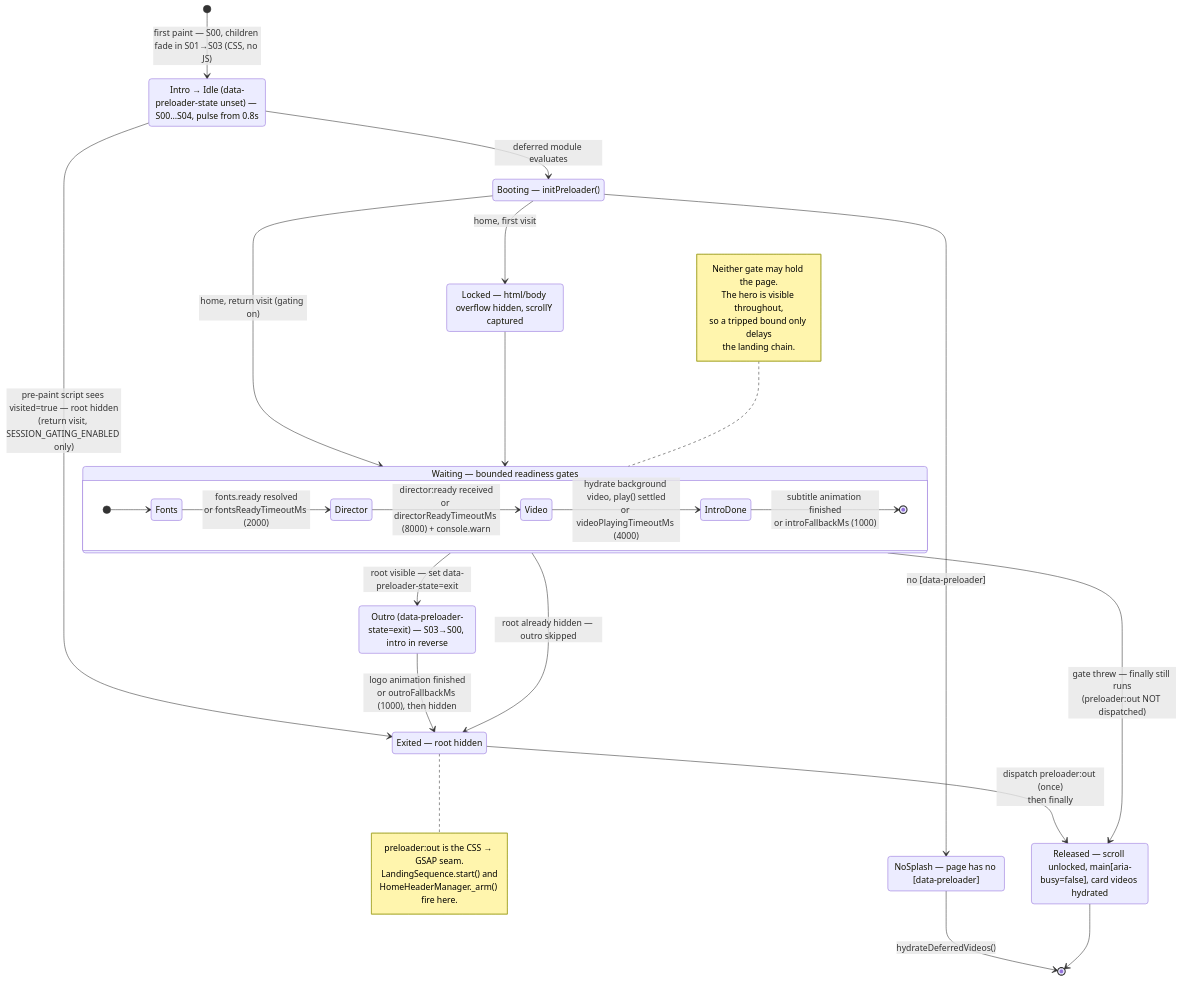
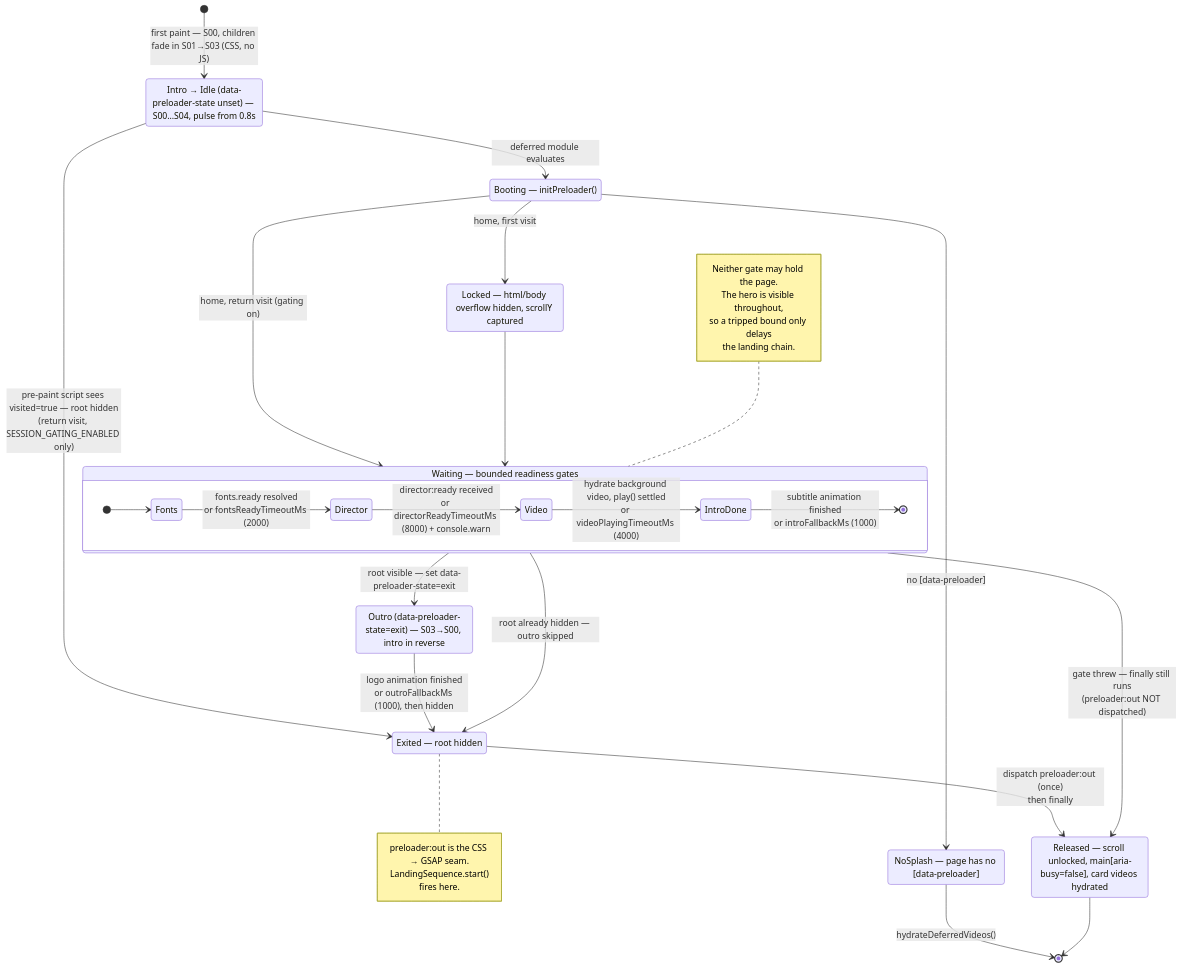
Before and after one commit to datainkio/portfolio-frontend: the second of 2 diagrams in js/preloader/README.preloader.md, drawn with Mermaid. The commit also changed other lines of this file and 17 other files, not shown here.

First line of the commit message:
refactor(choreography): delete HomeHeaderManager

````diff
--- a/js/preloader/README.preloader.md
+++ b/js/preloader/README.preloader.md
@@ -99,54 +99,54 @@
 ```mermaid
 stateDiagram-v2
     direction TB
 
     [*] --> Intro : first paint — S00, children fade in S01→S03 (CSS, no JS)
 
     state "Intro → Idle (data-preloader-state unset) — S00…S04, pulse from 0.8s" as Intro
     state "Booting — initPreloader()" as Booting
     state "NoSplash — page has no [data-preloader]" as NoSplash
     state "Locked — html/body overflow hidden, scrollY captured" as Locked
     state "Waiting — bounded readiness gates" as Waiting {
         direction LR
         [*] --> Fonts
         Fonts --> Director : fonts.ready resolved<br/>or fontsReadyTimeoutMs (2000)
         Director --> Video : director#colon;ready received<br/>or directorReadyTimeoutMs (8000) + console.warn
         Video --> IntroDone : hydrate background video, play() settled<br/>or videoPlayingTimeoutMs (4000)
         IntroDone --> [*] : subtitle animation finished<br/>or introFallbackMs (1000)
     }
     state "Outro (data-preloader-state=exit) — S03→S00, intro in reverse" as Settling
     state "Exited — root hidden" as Exited
     state "Released — scroll unlocked, main[aria-busy=false], card videos hydrated" as Released
 
     Intro --> Exited : pre-paint script sees visited=true — root hidden<br/>(return visit, SESSION_GATING_ENABLED only)
     Intro --> Booting : deferred module evaluates
 
     Booting --> NoSplash : no [data-preloader]
     NoSplash --> [*] : hydrateDeferredVideos()
 
     Booting --> Locked : home, first visit
     Booting --> Waiting : home, return visit (gating on)
     Locked --> Waiting
 
     Waiting --> Settling : root visible — set data-preloader-state=exit
     Waiting --> Exited : root already hidden — outro skipped
 
     Settling --> Exited : logo animation finished<br/>or outroFallbackMs (1000), then hidden
 
     Exited --> Released : dispatch preloader#colon;out (once)<br/>then finally
     Waiting --> Released : gate threw — finally still runs<br/>(preloader#colon;out NOT dispatched)
 
     Released --> [*]
 
     note right of Exited
         preloader:out is the CSS → GSAP seam.
-        LandingSequence.start() and
-        HomeHeaderManager._arm() fire here.
+        LandingSequence.start()
+        fires here.
     end note
     note left of Waiting
         Neither gate may hold the page.
         The hero is visible throughout,
         so a tripped bound only delays
         the landing chain.
     end note
 ```
````
